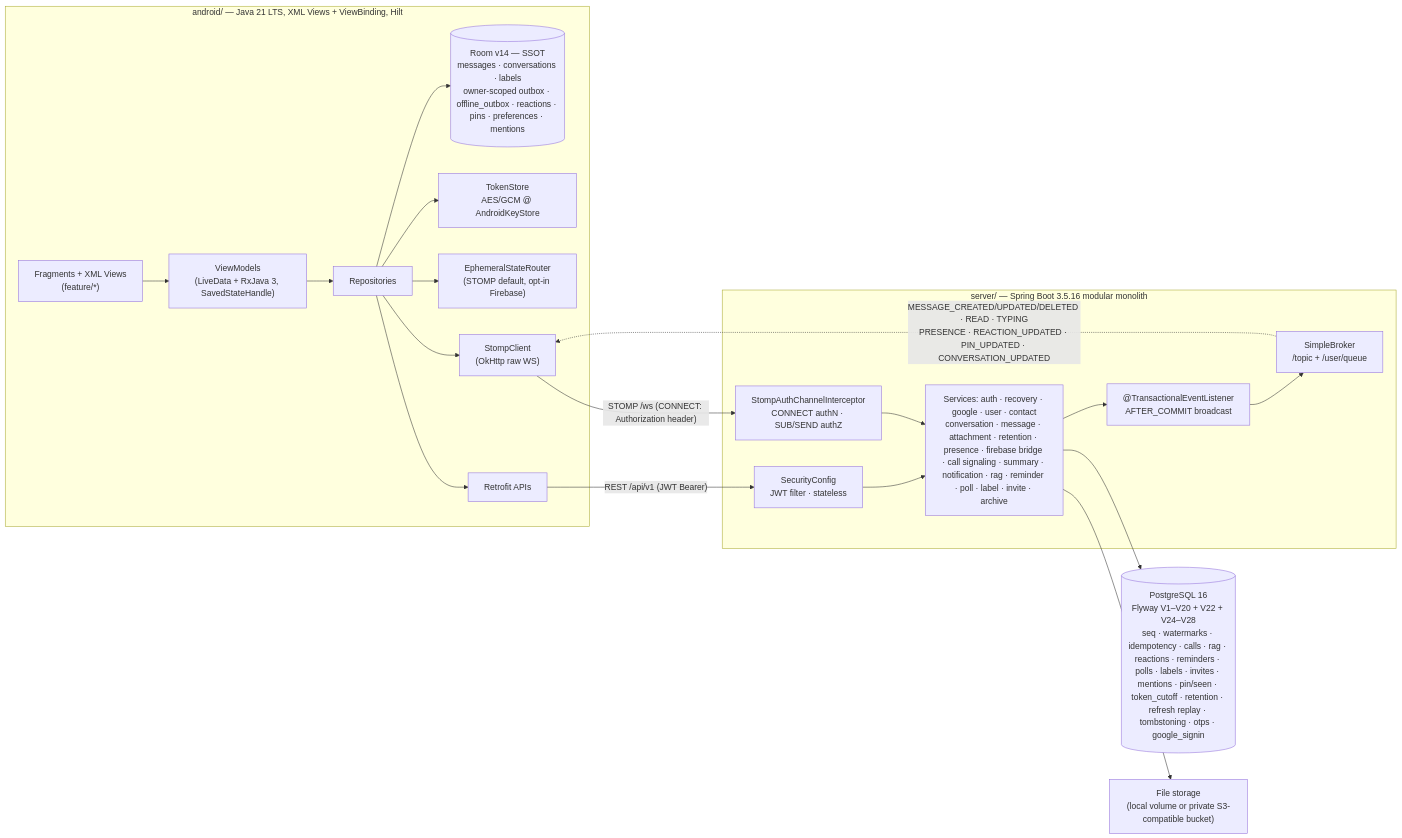
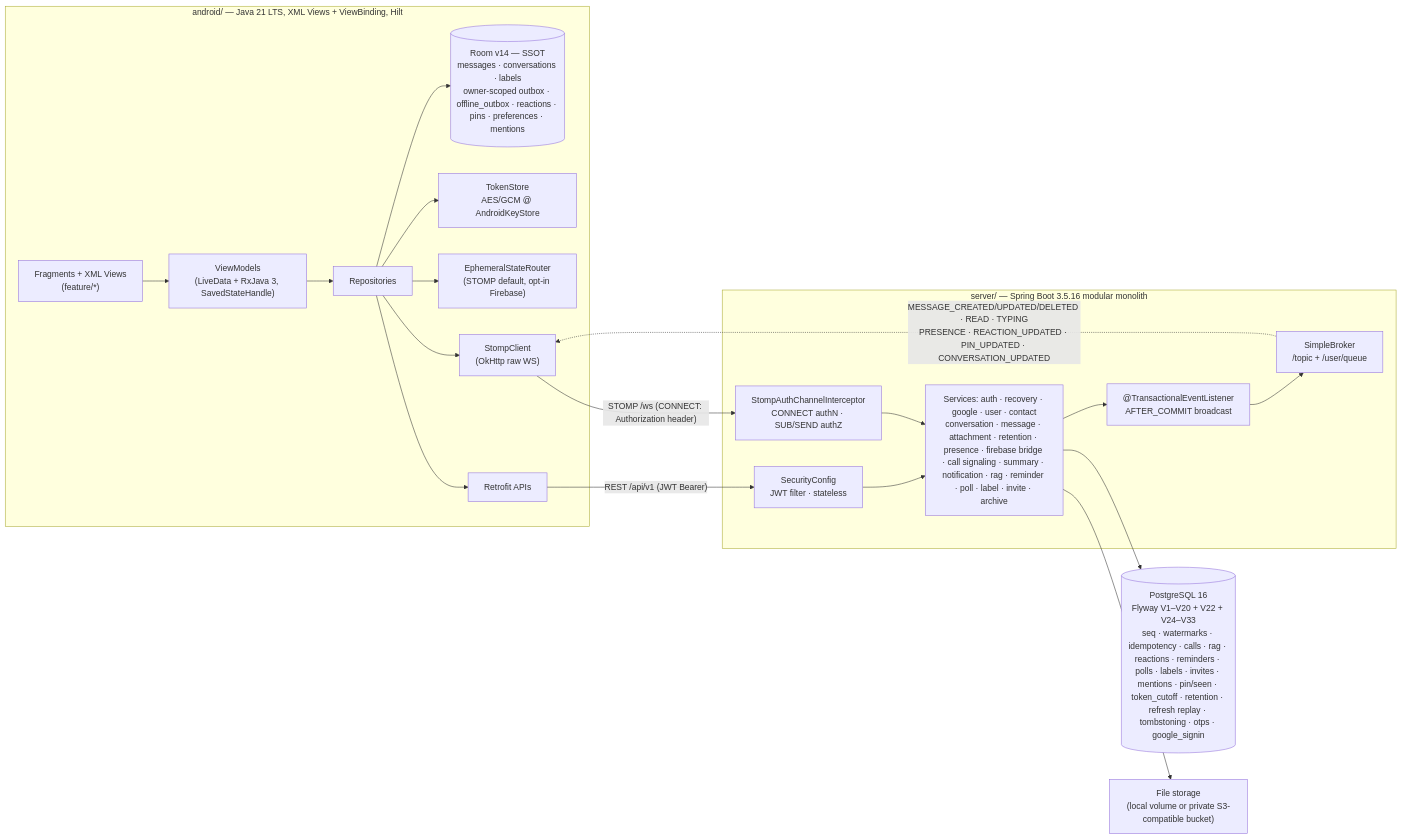
The diagram in README.md (JasonTM17/Nexachat_AppJ), drawn with Mermaid before and after one commit. The commit also changed other lines of this file and 1 other file, not shown here.

Commit message:
docs: align contributor setup with the current SDK and Flyway set

````diff
--- a/README.md
+++ b/README.md
@@ -123,30 +129,30 @@
 ```mermaid
 flowchart LR
     subgraph Android["android/ — Java 21 LTS, XML Views + ViewBinding, Hilt"]
         UI["Fragments + XML Views<br/>(feature/*)"] --> VM["ViewModels<br/>(LiveData + RxJava 3, SavedStateHandle)"]
         VM --> REPO["Repositories"]
         REPO --> ROOM[("Room v14 — SSOT<br/>messages · conversations · labels<br/>owner-scoped outbox · offline_outbox · reactions · pins · preferences · mentions")]
         REPO --> TS["TokenStore<br/>AES/GCM @ AndroidKeyStore"]
         REPO --> ROUTER["EphemeralStateRouter<br/>(STOMP default, opt-in Firebase)"]
         REPO --> ST["StompClient<br/>(OkHttp raw WS)"]
         REPO --> RT["Retrofit APIs"]
     end
 
     subgraph Server["server/ — Spring Boot 3.5.16 modular monolith"]
         SEC["SecurityConfig<br/>JWT filter · stateless"]
         INT["StompAuthChannelInterceptor<br/>CONNECT authN · SUB/SEND authZ"]
         SVC["Services: auth · recovery · google · user · contact<br/>conversation · message · attachment · retention · presence · firebase bridge · call signaling · summary · notification · rag · reminder · poll · label · invite · archive"]
         EVT["@TransactionalEventListener<br/>AFTER_COMMIT broadcast"]
         BR["SimpleBroker<br/>/topic + /user/queue"]
     end
 
-    DB[("PostgreSQL 16<br/>Flyway V1–V20 + V22 + V24–V28<br/>seq · watermarks · idempotency · calls · rag · reactions · reminders · polls · labels · invites · mentions · pin/seen · token_cutoff · retention · refresh replay · tombstoning · otps · google_signin")]
+    DB[("PostgreSQL 16<br/>Flyway V1–V20 + V22 + V24–V33<br/>seq · watermarks · idempotency · calls · rag · reactions · reminders · polls · labels · invites · mentions · pin/seen · token_cutoff · retention · refresh replay · tombstoning · otps · google_signin")]
     STORAGE["File storage<br/>(local volume or private S3-compatible bucket)"]
 
     RT -- "REST /api/v1 (JWT Bearer)" --> SEC --> SVC
     ST -- "STOMP /ws (CONNECT: Authorization header)" --> INT --> SVC
     SVC --> DB
     SVC --> STORAGE
     SVC --> EVT --> BR
     BR -. "MESSAGE_CREATED/UPDATED/DELETED · READ · TYPING<br/>PRESENCE · REACTION_UPDATED · PIN_UPDATED · CONVERSATION_UPDATED" .-> ST
 ```
````
